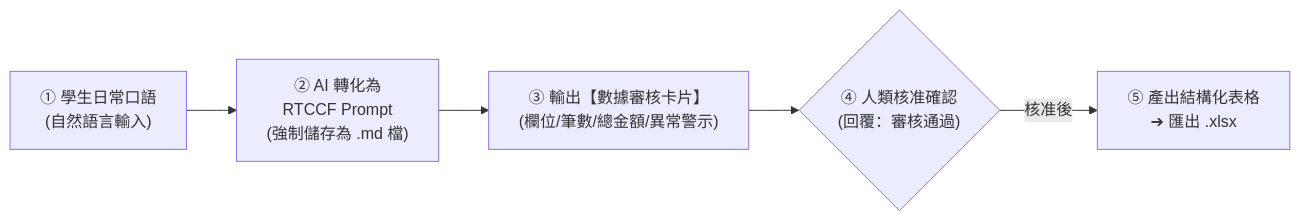
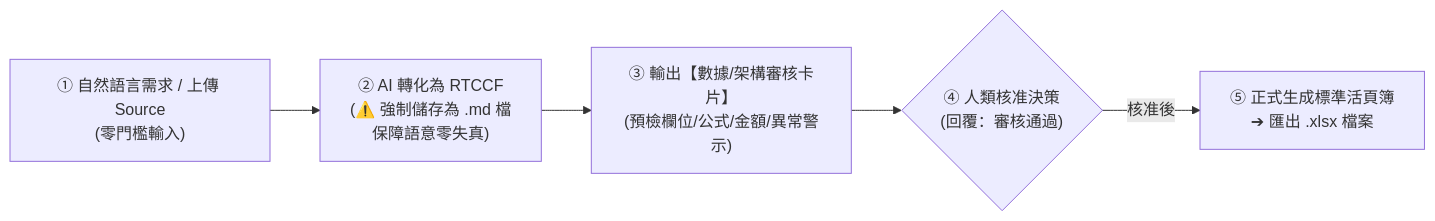
Before and after one commit to roberthsu2003/workflow-productivity: the diagram in 常見的AI應用/辦公室全能應用/Excel試算表的生成/README.md, drawn with Mermaid. The commit also changed other lines of this file and 49 other files, not shown here.

````diff
--- a/常見的AI應用/辦公室全能應用/Excel試算表的生成/README.md
+++ b/常見的AI應用/辦公室全能應用/Excel試算表的生成/README.md
@@ -10,7 +12,7 @@
 ```mermaid
 flowchart LR
-    A["① 學生日常口語\n(自然語言輸入)"] --> B["② AI 轉化為\nRTCCF Prompt\n(強制儲存為 .md 檔)"]
-    B --> C["③ 輸出【數據審核卡片】\n(欄位/筆數/總金額/異常警示)"]
-    C --> D{"④ 人類核准確認\n(回覆：審核通過)"}
-    D -->|核准後| E["⑤ 產出結構化表格\n➔ 匯出 .xlsx"]
+    A["① 自然語言需求 / 上傳 Source\n(零門檻輸入)"] --> B["② AI 轉化為 RTCCF\n(⚠️ 強制儲存為 .md 檔\n保障語意零失真)"]
+    B --> C["③ 輸出【數據/架構審核卡片】\n(預檢欄位/公式/金額/異常警示)"]
+    C --> D{"④ 人類核准決策\n(回覆：審核通過)"}
+    D -->|核准後| E["⑤ 正式生成標準活頁簿\n➔ 匯出 .xlsx 檔案"]
 ```
````
